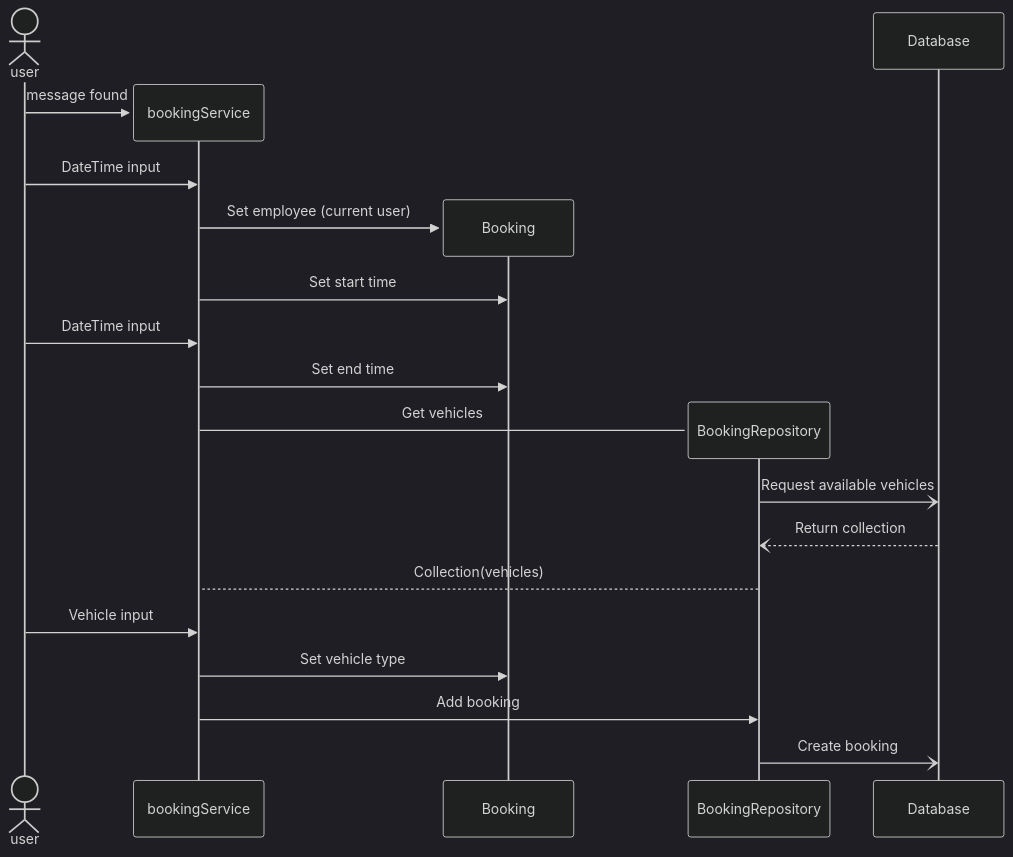
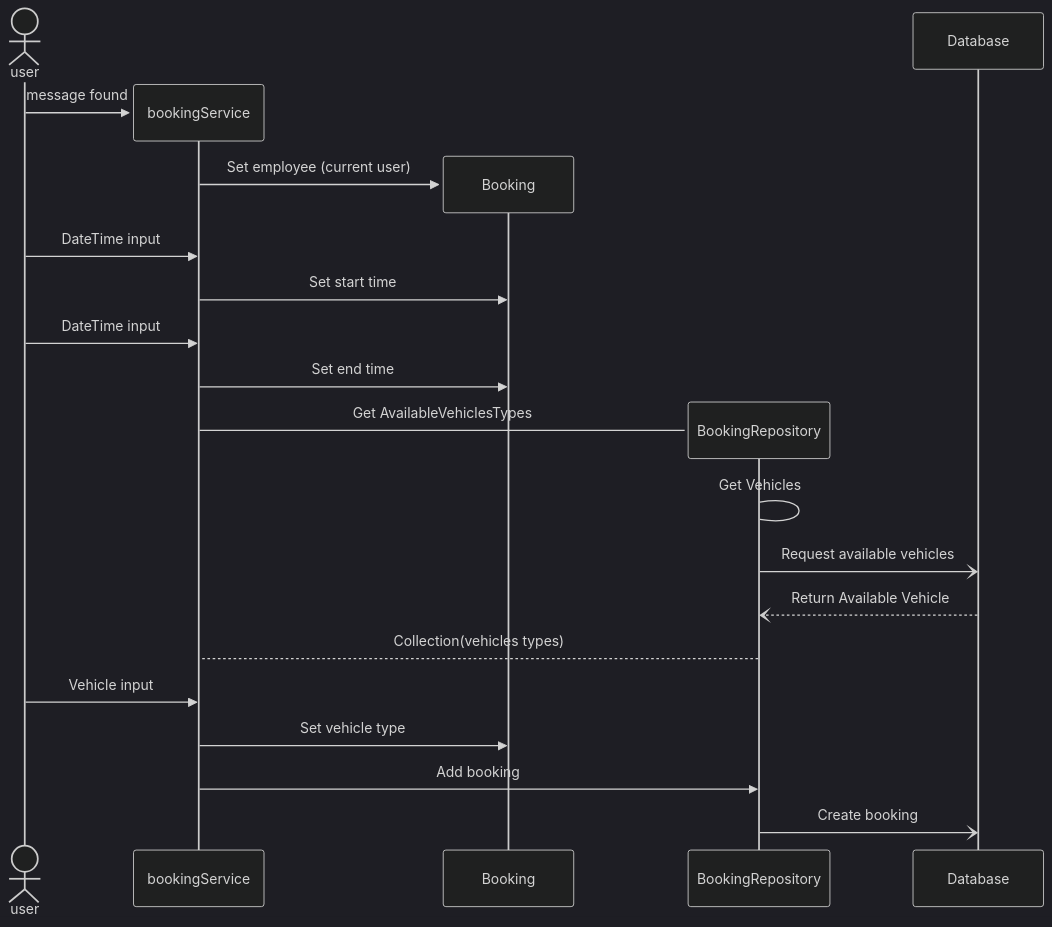
Before and after one commit to Anmi9/2.SemesterEksamensprojekt: the diagram in docs/notes/Sekvensdiagram 1.md, drawn with Mermaid (dark theme).

Commit message:
docs(mhn): sekvensdiagram 1

````diff
--- a/docs/notes/Sekvensdiagram 1.md
+++ b/docs/notes/Sekvensdiagram 1.md
@@ -10,28 +10,28 @@
 ```mermaid
 sequenceDiagram
 
 actor A as user
 
 create participant B as bookingService 
 A ->> B: message found  
-A ->> B: DateTime input
 create participant C as Booking
 B ->> C: Set employee (current user)
+A ->> B: DateTime input
 B ->> C: Set start time
 A ->> B: DateTime input
 B ->> C: Set end time
 create participant D as BookingRepository
-B -> D: Get vehicles
-
+B -> D: Get AvailableVehiclesTypes
+D -> D: Get Vehicles
 D -) DB: Request available vehicles
-DB --) D: Return collection
-D --> B: Collection(vehicles)
+DB --) D: Return Available Vehicle
+D --> B: Collection(vehicles types)
 A ->> B: Vehicle input
 B ->> C: Set vehicle type
 B ->> D: Add booking
 
 participant DB as Database
 
 D -) DB: Create booking
 
 ```
````
